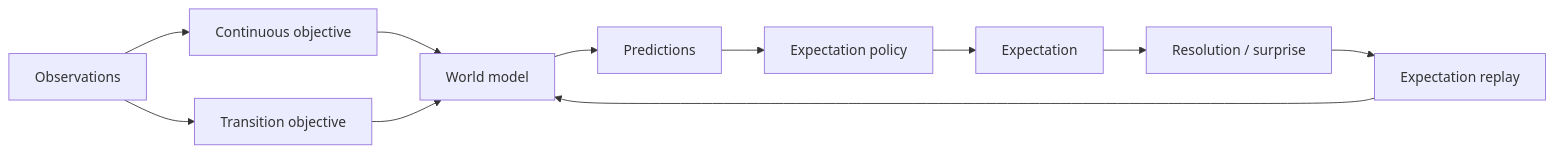
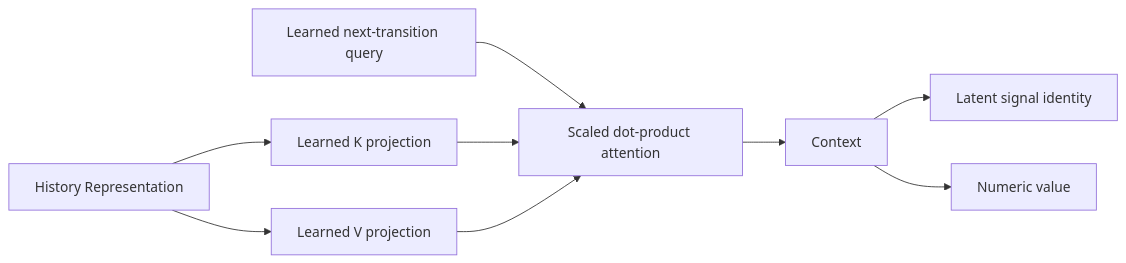
Before and after one commit to skasti/skyn-vaettr: the fifth of 6 diagrams in docs/expectations.md, drawn with Mermaid. The commit also changed other lines of this file, not shown here.

````diff
--- a/docs/expectations.md
+++ b/docs/expectations.md
@@ -141,13 +92,11 @@
 ```mermaid
 flowchart LR
-    O[Observations] --> C[Continuous objective]
-    O --> T[Transition objective]
-    C --> M[World model]
-    T --> M
-    M --> P[Predictions]
-    P --> E[Expectation policy]
-    E --> X[Expectation]
-    X --> R[Resolution / surprise]
-    R --> ER[Expectation replay]
-    ER --> M
+    R[History Representation] --> K[Learned K projection]
+    R --> V[Learned V projection]
+    Q[Learned next-transition query] --> A[Scaled dot-product attention]
+    K --> A
+    V --> A
+    A --> C[Context]
+    C --> S[Latent signal identity]
+    C --> N[Numeric value]
 ```
````
